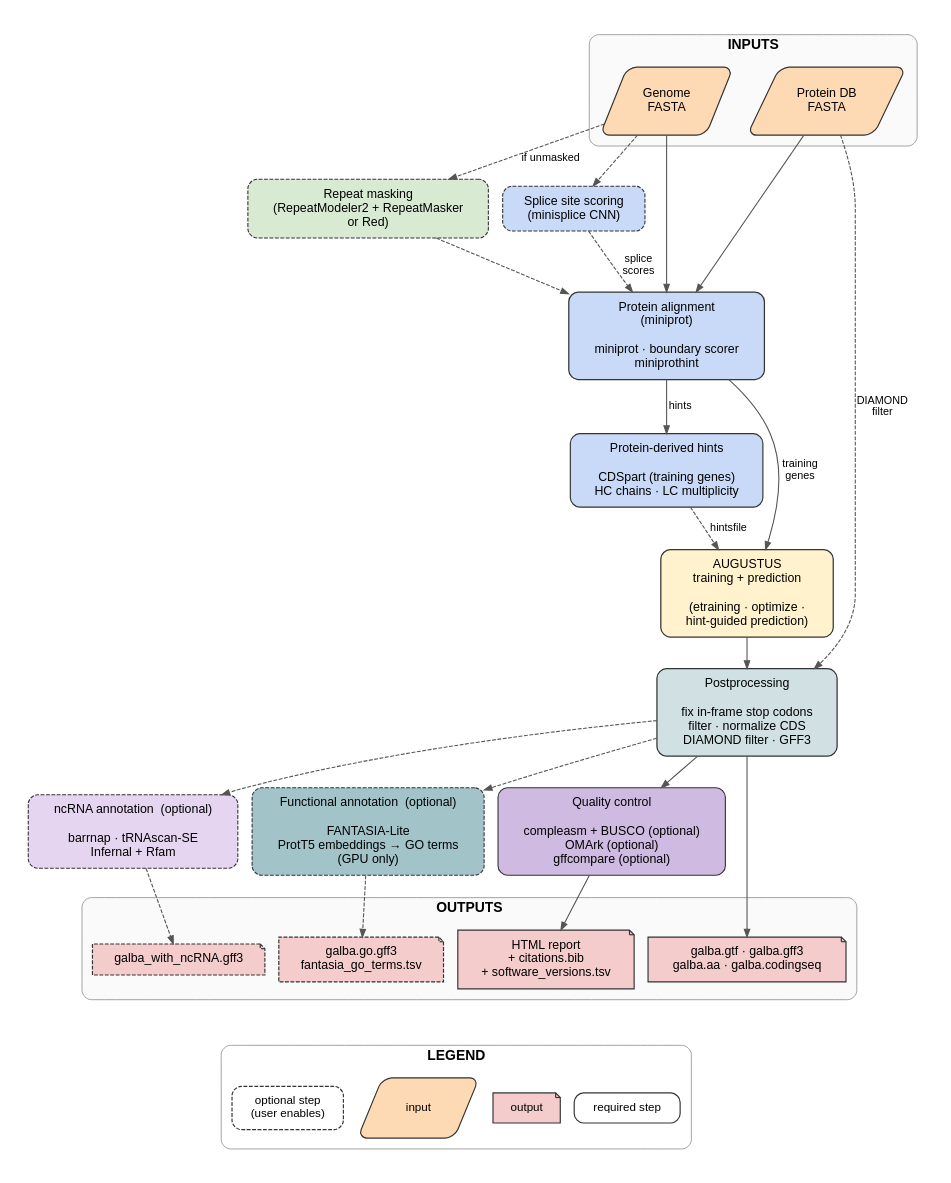
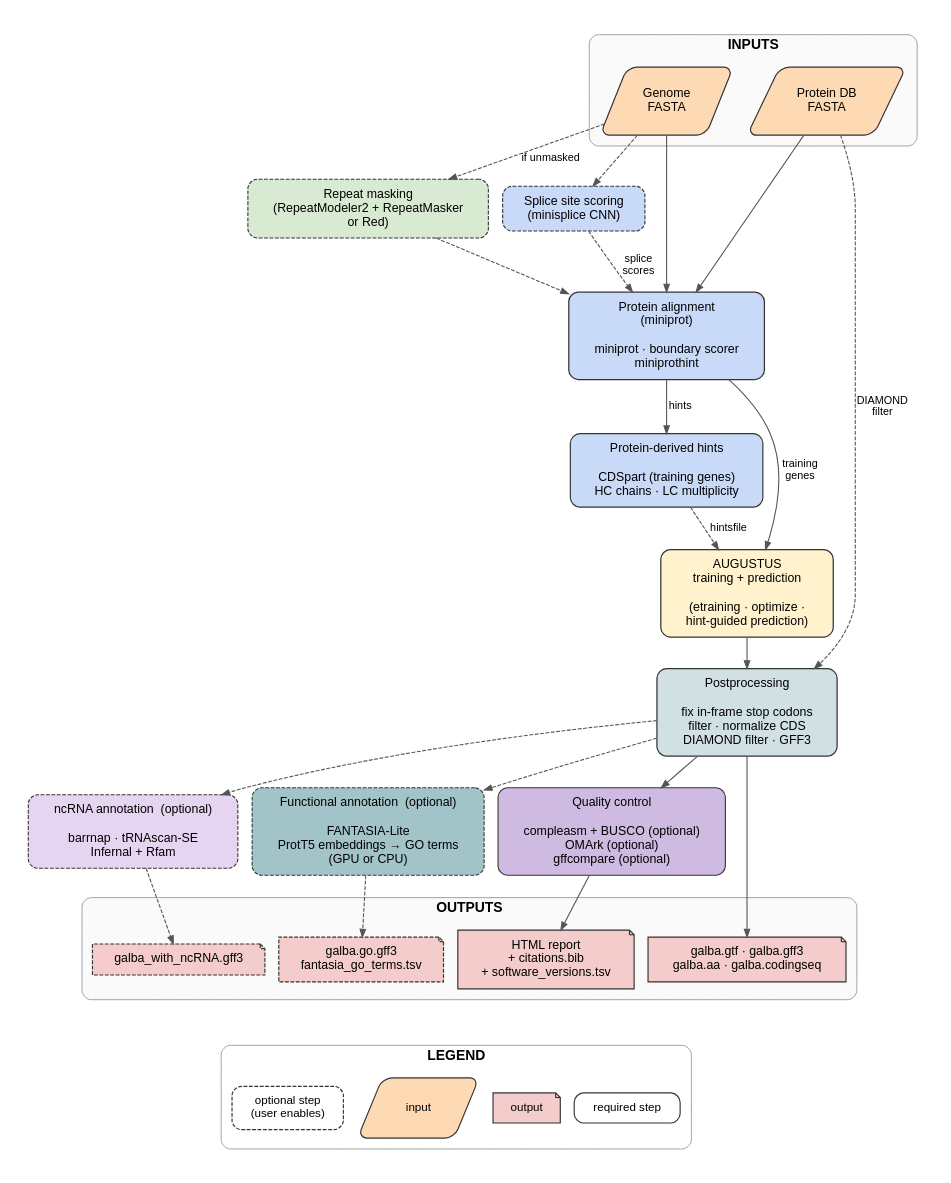
Before and after one commit to Gaius-Augustus/GALBA2: the diagram in img/pipeline_overview.dot, drawn with Graphviz. The commit also changed 24 other files, not shown here.

```diff
--- a/img/pipeline_overview.dot
+++ b/img/pipeline_overview.dot
@@ -136,10 +136,10 @@
     ];
 
     /* =====================================================
-     *  FUNCTIONAL ANNOTATION  (optional, GPU-only)
+     *  FUNCTIONAL ANNOTATION  (optional, GPU or CPU)
      * ===================================================== */
     fantasia [
-        label    = "Functional annotation  (optional)\n\nFANTASIA-Lite\nProtT5 embeddings → GO terms\n(GPU only)",
+        label    = "Functional annotation  (optional)\n\nFANTASIA-Lite\nProtT5 embeddings → GO terms\n(GPU or CPU)",
         fillcolor = "#a2c4c9",
         style     = "filled,rounded,dashed",
         penwidth  = 1.4
```
